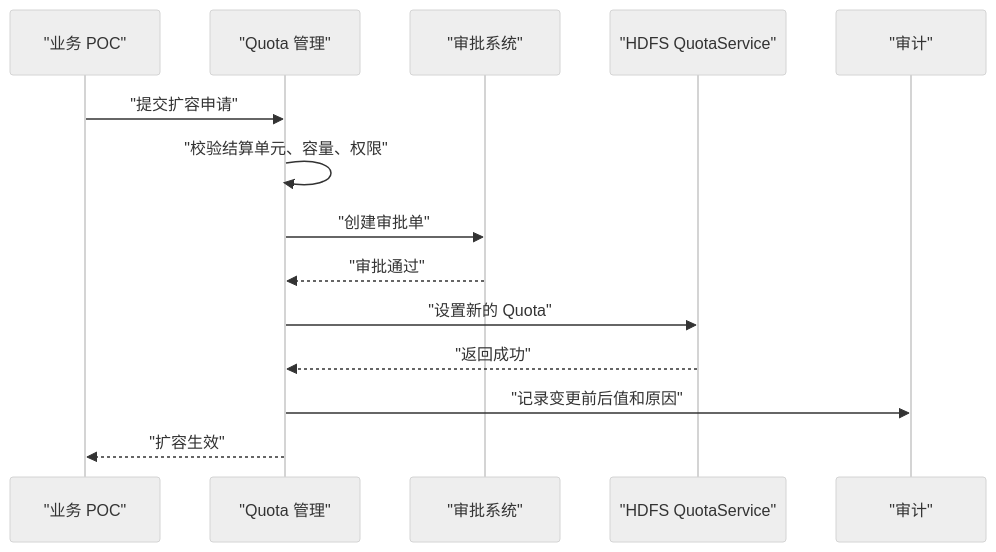
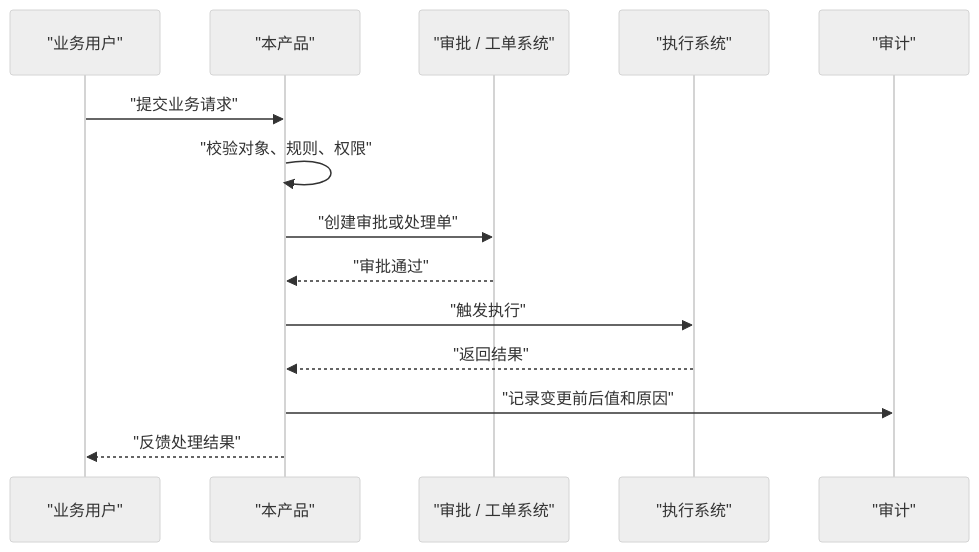
Before and after one commit to xyjunco/junco-skill: the fifth of 9 diagrams in references/diagram-patterns.md, drawn with Mermaid (neutral theme). The commit also changed other lines of this file and 4 other files, not shown here.

````diff
--- a/references/diagram-patterns.md
+++ b/references/diagram-patterns.md
@@ -228,17 +228,17 @@
 ```mermaid
 sequenceDiagram
-  participant User as "业务 POC"
-  participant Product as "Quota 管理"
-  participant BPM as "审批系统"
-  participant HDFS as "HDFS QuotaService"
+  participant User as "业务用户"
+  participant Product as "本产品"
+  participant Workflow as "审批 / 工单系统"
+  participant Runtime as "执行系统"
   participant Audit as "审计"
 
-  User->>Product: "提交扩容申请"
-  Product->>Product: "校验结算单元、容量、权限"
-  Product->>BPM: "创建审批单"
-  BPM-->>Product: "审批通过"
-  Product->>HDFS: "设置新的 Quota"
-  HDFS-->>Product: "返回成功"
+  User->>Product: "提交业务请求"
+  Product->>Product: "校验对象、规则、权限"
+  Product->>Workflow: "创建审批或处理单"
+  Workflow-->>Product: "审批通过"
+  Product->>Runtime: "触发执行"
+  Runtime-->>Product: "返回结果"
   Product->>Audit: "记录变更前后值和原因"
-  Product-->>User: "扩容生效"
+  Product-->>User: "反馈处理结果"
 ```
````
